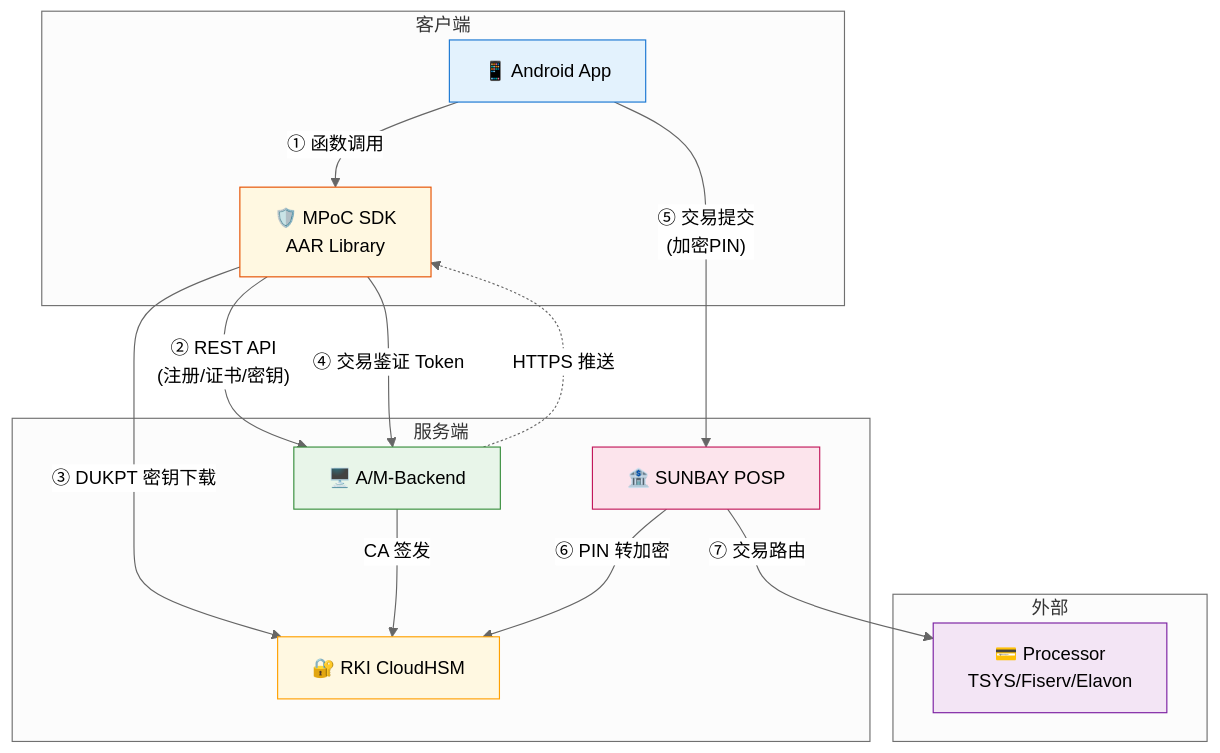
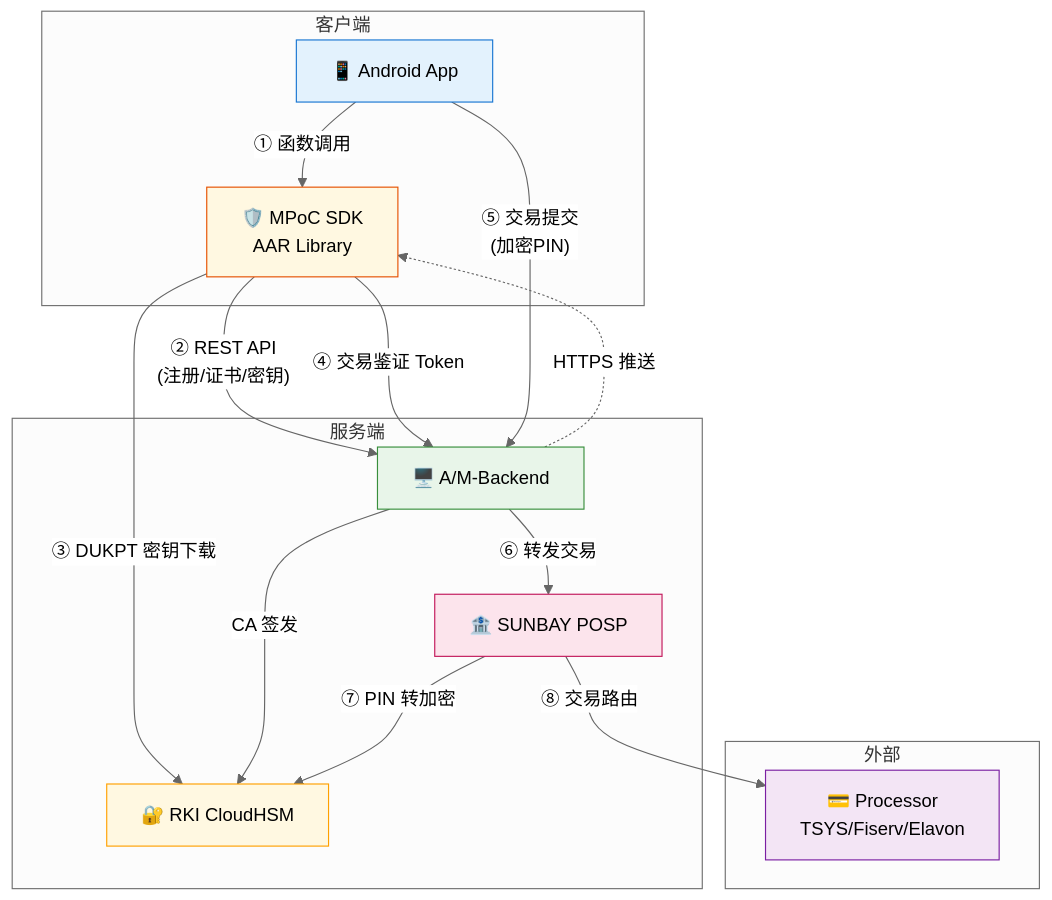
The first of 21 diagrams in solution/MPOC_SDK_API_GUIDE.md (kevinwangl/sunbay-softpos-docs), drawn with Mermaid (neutral theme) before and after one commit. The commit also changed other lines of this file, not shown here.

````diff
--- a/solution/MPOC_SDK_API_GUIDE.md
+++ b/solution/MPOC_SDK_API_GUIDE.md
@@ -72,35 +72,36 @@
 ```mermaid
 flowchart TB
     subgraph "客户端"
         App[📱 Android App]
         SDK[🛡️ MPoC SDK<br/>AAR Library]
     end
     
     subgraph "服务端"
         Backend[🖥️ A/M-Backend]
         POSP[🏦 SUNBAY POSP]
         HSM[🔐 RKI CloudHSM]
     end
     
     subgraph "外部"
         Processor[💳 Processor<br/>TSYS/Fiserv/Elavon]
     end
     
     App -->|"① 函数调用"| SDK
     SDK -->|"② REST API<br/>(注册/证书/密钥)"| Backend
     SDK -->|"③ DUKPT 密钥下载"| HSM
     Backend -.->|HTTPS 推送| SDK
     Backend -->|CA 签发| HSM
     
     SDK -->|"④ 交易鉴证 Token"| Backend
-    App -->|"⑤ 交易提交<br/>(加密PIN)"| POSP
-    POSP -->|"⑥ PIN 转加密"| HSM
-    POSP -->|"⑦ 交易路由"| Processor
+    App -->|"⑤ 交易提交<br/>(加密PIN)"| Backend
+    Backend -->|"⑥ 转发交易"| POSP
+    POSP -->|"⑦ PIN 转加密"| HSM
+    POSP -->|"⑧ 交易路由"| Processor
     
     style App fill:#e3f2fd,stroke:#1976d2
     style SDK fill:#fff8e1,stroke:#e65100
     style Backend fill:#e8f5e9,stroke:#388e3c
     style POSP fill:#fce4ec,stroke:#c2185b
     style HSM fill:#fff8e1,stroke:#ffa000
     style Processor fill:#f3e5f5,stroke:#7b1fa2
 ```
````
